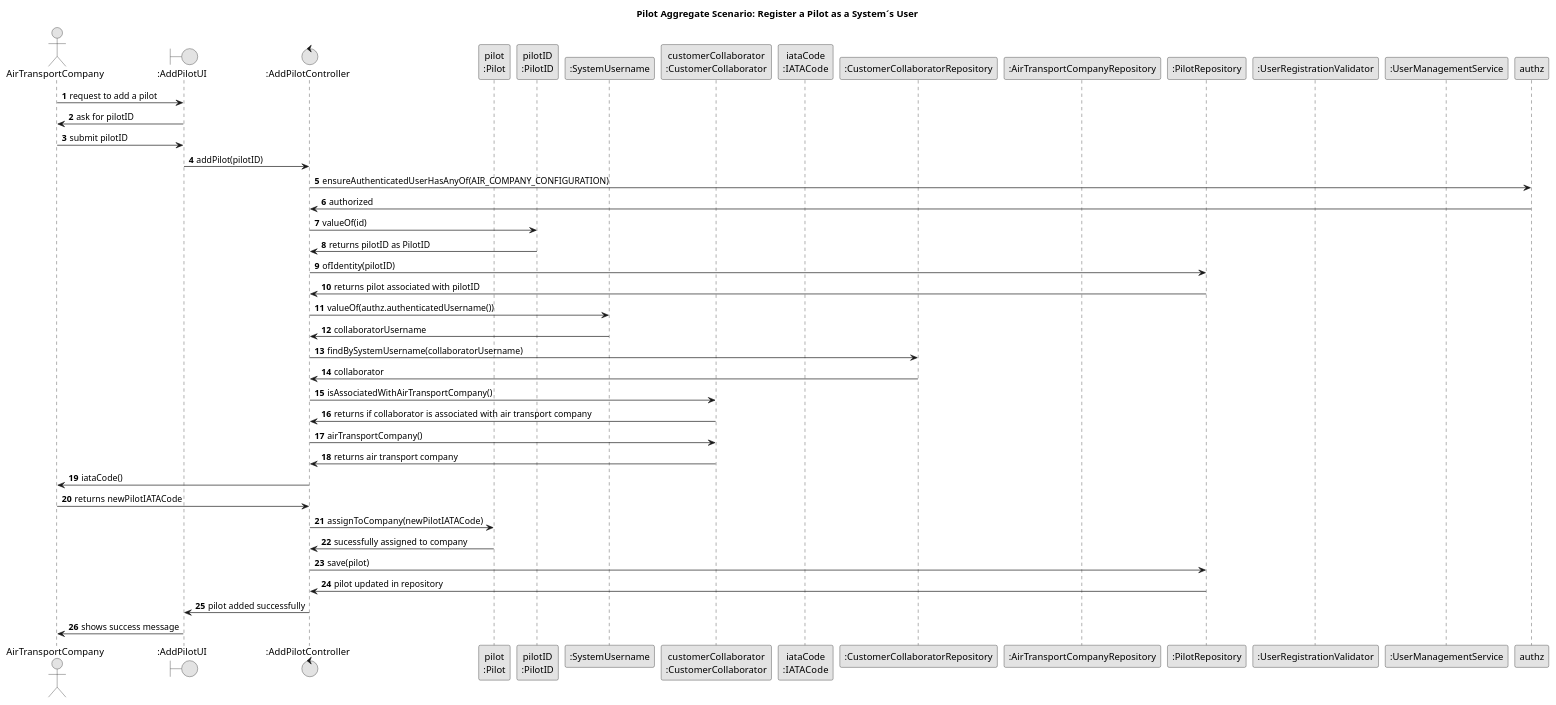
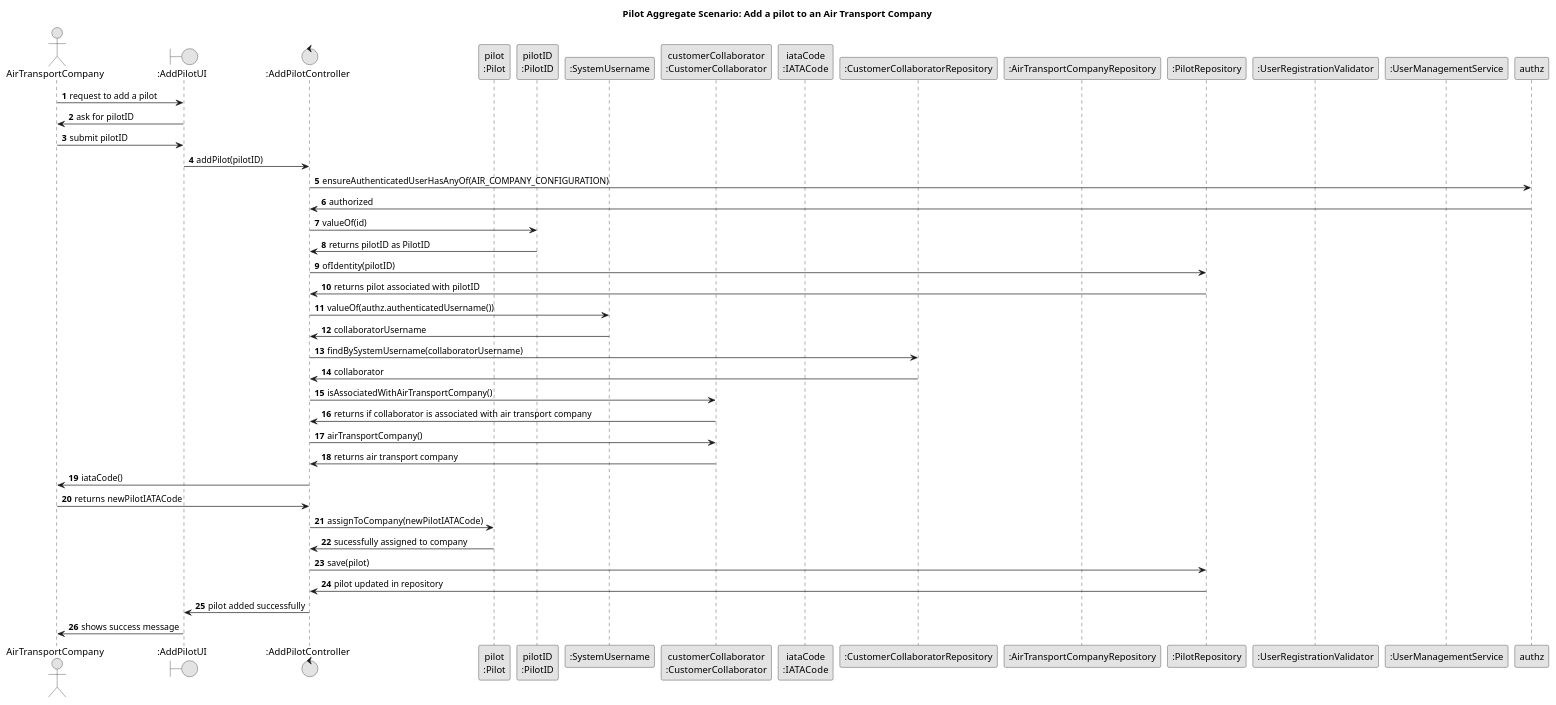
One commit to GustavoFerreira24/flight-management-platform changed the diagram in docs/global-artifacts/03.design/puml/US75AddPilot-SD.puml. Above: the diagram before and after it, drawn with PlantUML. The commit also changed 4 other files, not shown here.

Commit message:
US075 (Docs): Add documentation for pilot registration process and update sequence diagram [#254]

```diff
--- a/docs/global-artifacts/03.design/puml/US75AddPilot-SD.puml
+++ b/docs/global-artifacts/03.design/puml/US75AddPilot-SD.puml
@@ -1,70 +1,70 @@
 @startuml
-title Pilot Aggregate Scenario: Register a Pilot as a System´s User
+title Pilot Aggregate Scenario: Add a pilot to an Air Transport Company
 
 skinparam monochrome true
 skinparam packageStyle rectangle
 skinparam shadowing false
 
 autonumber
 
 actor "AirTransportCompany" as ATC
 boundary ":AddPilotUI" as UI
 control ":AddPilotController" as C
 
 participant "pilot\n:Pilot" as Pilot
 participant "pilotID\n:PilotID" as PilotID
 participant ":SystemUsername" as SU
 participant "customerCollaborator\n:CustomerCollaborator" as CC
 participant "iataCode\n:IATACode" as IATA
 
 participant ":CustomerCollaboratorRepository" as CCRepo
 participant ":AirTransportCompanyRepository" as ATCRepo
 participant ":PilotRepository" as PilotRepo
 
 participant ":UserRegistrationValidator" as URV
 participant ":UserManagementService" as UMS
 
 ATC -> UI : request to add a pilot
 UI -> ATC : ask for pilotID
 
 ATC -> UI : submit pilotID
 UI -> C : addPilot(pilotID)
 
 C -> authz : ensureAuthenticatedUserHasAnyOf(AIR_COMPANY_CONFIGURATION)
 authz -> C : authorized
 
 C -> PilotID : valueOf(id)
 PilotID -> C : returns pilotID as PilotID
 
 C -> PilotRepo : ofIdentity(pilotID)
 PilotRepo -> C : returns pilot associated with pilotID
 
 C -> SU : valueOf(authz.authenticatedUsername())
 SU -> C : collaboratorUsername
 
 C -> CCRepo : findBySystemUsername(collaboratorUsername)
 CCRepo -> C : collaborator
 
 C -> CC : isAssociatedWithAirTransportCompany()
 CC -> C : returns if collaborator is associated with air transport company
 
 C -> CC : airTransportCompany()
 CC -> C : returns air transport company
 
 C -> ATC : iataCode()
 ATC -> C : returns newPilotIATACode
 
 C -> Pilot : assignToCompany(newPilotIATACode)
 Pilot -> C : sucessfully assigned to company
 
 C -> PilotRepo : save(pilot)
 PilotRepo -> C : pilot updated in repository
 
 C -> UI : pilot added successfully
 
 UI -> ATC : shows success message
 
 
 
 
 @enduml
```
